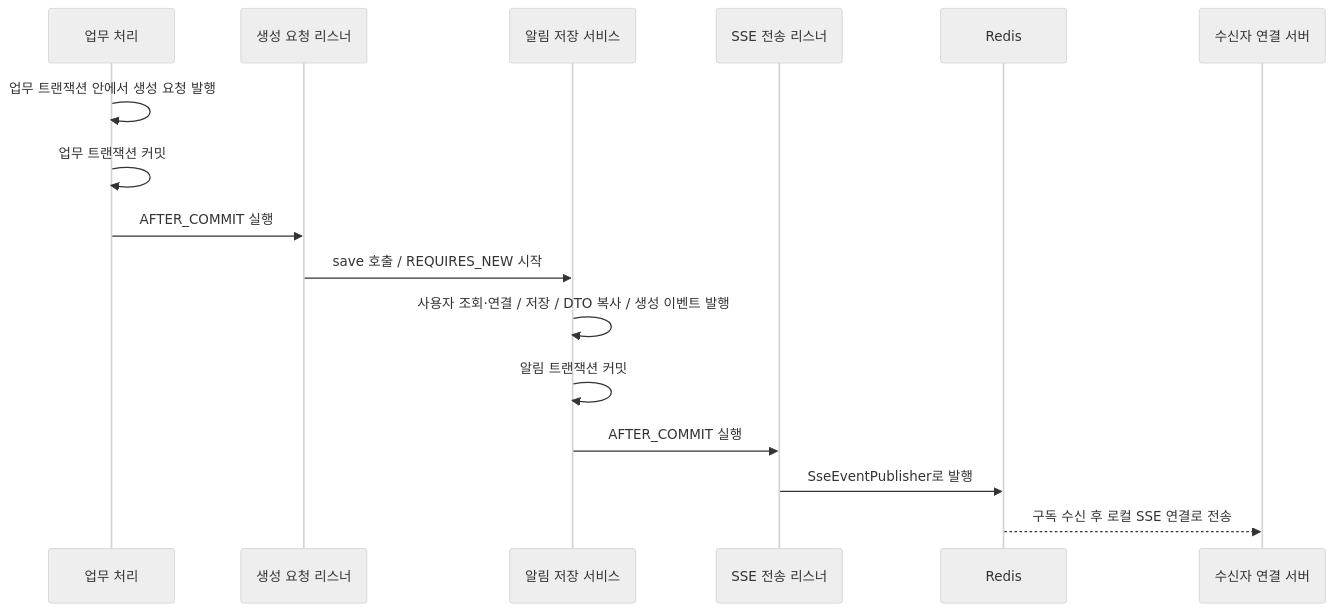
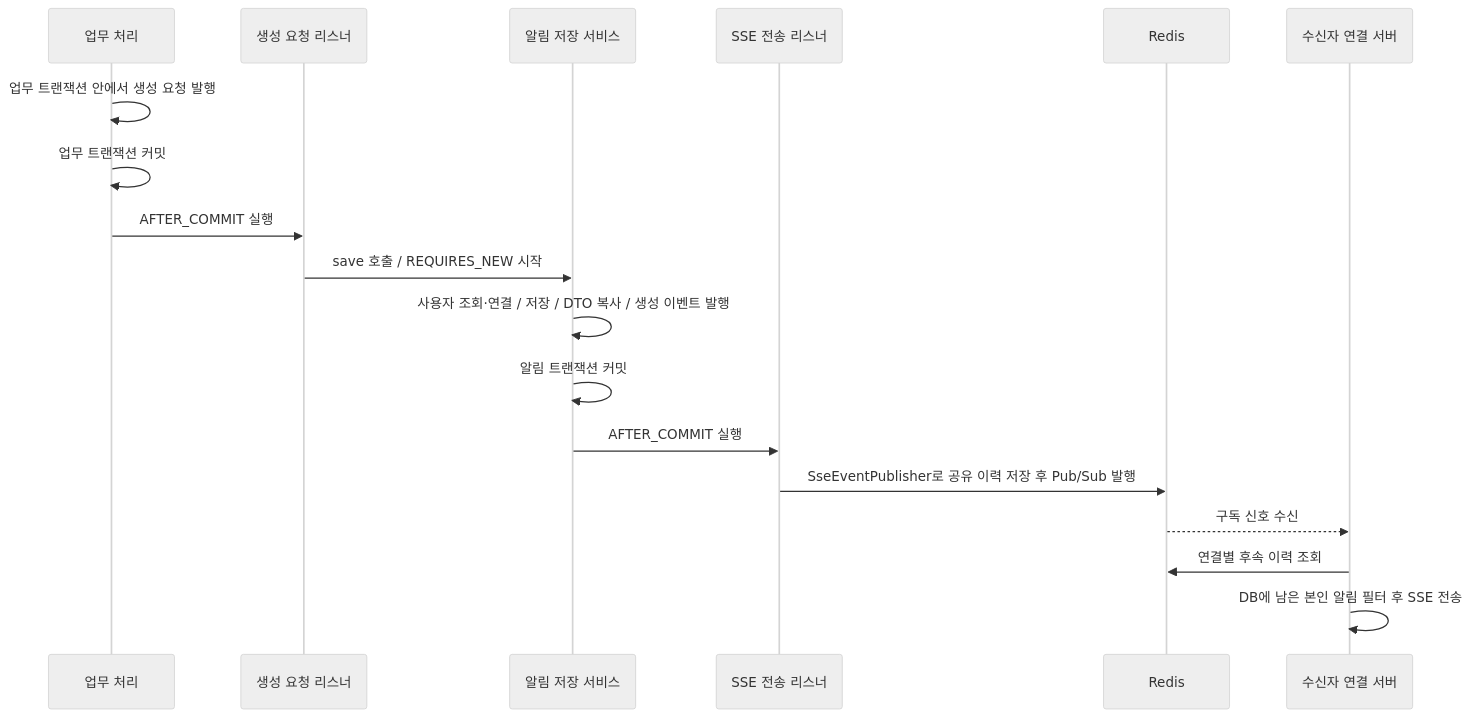
One commit to codeit-backend13-part4-team1/playlist_for_everyone changed the diagram in docs/notification/01-creation-and-delivery.md. Above: the diagram before and after it, drawn with Mermaid (neutral theme). The commit also changed other lines of this file and 47 other files, not shown here.

````diff
--- a/docs/notification/01-creation-and-delivery.md
+++ b/docs/notification/01-creation-and-delivery.md
@@ -41,18 +41,20 @@
 ```mermaid
 sequenceDiagram
     participant B as 업무 처리
     participant R as 생성 요청 리스너
     participant N as 알림 저장 서비스
     participant S as SSE 전송 리스너
     participant Redis as Redis
     participant C as 수신자 연결 서버
     B->>B: 업무 트랜잭션 안에서 생성 요청 발행
     B->>B: 업무 트랜잭션 커밋
     B->>R: AFTER_COMMIT 실행
     R->>N: save 호출 / REQUIRES_NEW 시작
     N->>N: 사용자 조회·연결 / 저장 / DTO 복사 / 생성 이벤트 발행
     N->>N: 알림 트랜잭션 커밋
     N->>S: AFTER_COMMIT 실행
-    S->>Redis: SseEventPublisher로 발행
-    Redis-->>C: 구독 수신 후 로컬 SSE 연결로 전송
+    S->>Redis: SseEventPublisher로 공유 이력 저장 후 Pub/Sub 발행
+    Redis-->>C: 구독 신호 수신
+    C->>Redis: 연결별 후속 이력 조회
+    C->>C: DB에 남은 본인 알림 필터 후 SSE 전송
 ```
````
